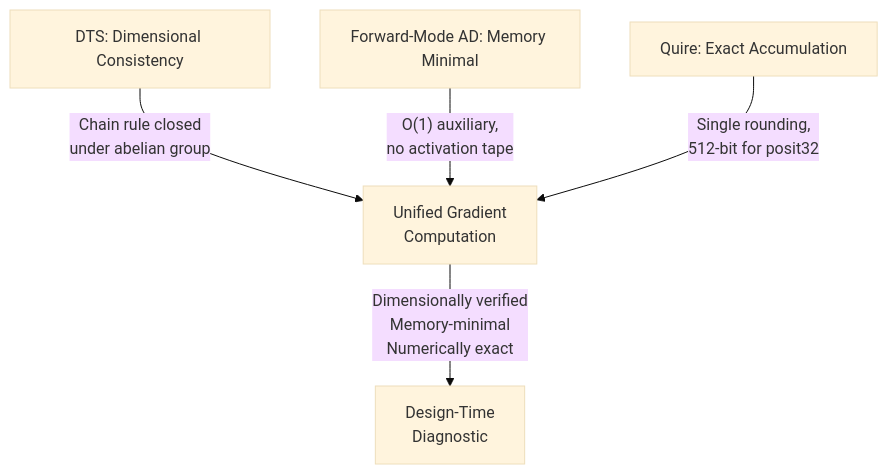
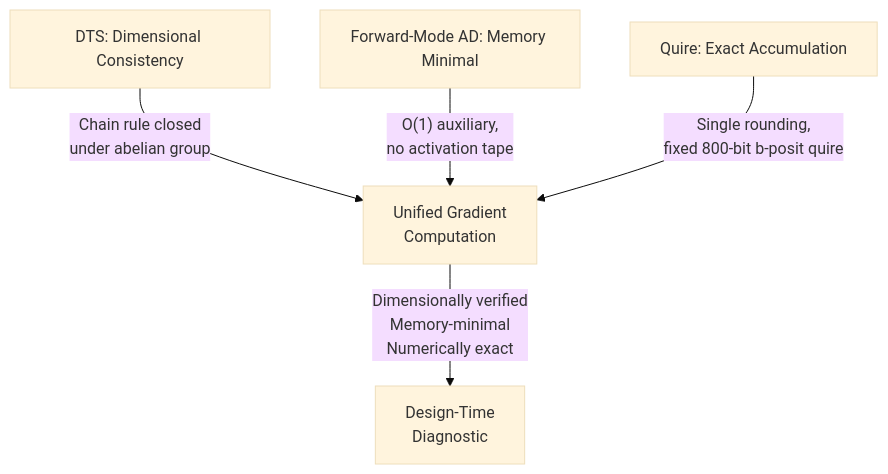
One commit to FidelityFramework/clef-lang-site changed the diagram in hugo/content/docs/design/categorical-foundations/forward-gradients-exact-accumulation.md. Above: the diagram before and after it, drawn with Mermaid (base theme). The commit also changed other lines of this file and 4 other files, not shown here.

Commit message:
docs(categorical): reconcile quire drift to b-posit 800-bit

````diff
--- a/hugo/content/docs/design/categorical-foundations/forward-gradients-exact-accumulation.md
+++ b/hugo/content/docs/design/categorical-foundations/forward-gradients-exact-accumulation.md
@@ -115,7 +115,7 @@
 ```mermaid
 graph TD
     A[DTS: Dimensional Consistency] -->|"Chain rule closed<br>under abelian group"| D[Unified Gradient<br>Computation]
     B[Forward-Mode AD: Memory Minimal] -->|"O(1) auxiliary,<br>no activation tape"| D
-    C[Quire: Exact Accumulation] -->|"Single rounding,<br>512-bit for posit32"| D
+    C[Quire: Exact Accumulation] -->|"Single rounding,<br>fixed 800-bit b-posit quire"| D
     D -->|"Dimensionally verified<br>Memory-minimal<br>Numerically exact"| E[Design-Time<br>Diagnostic]
 ```
````
